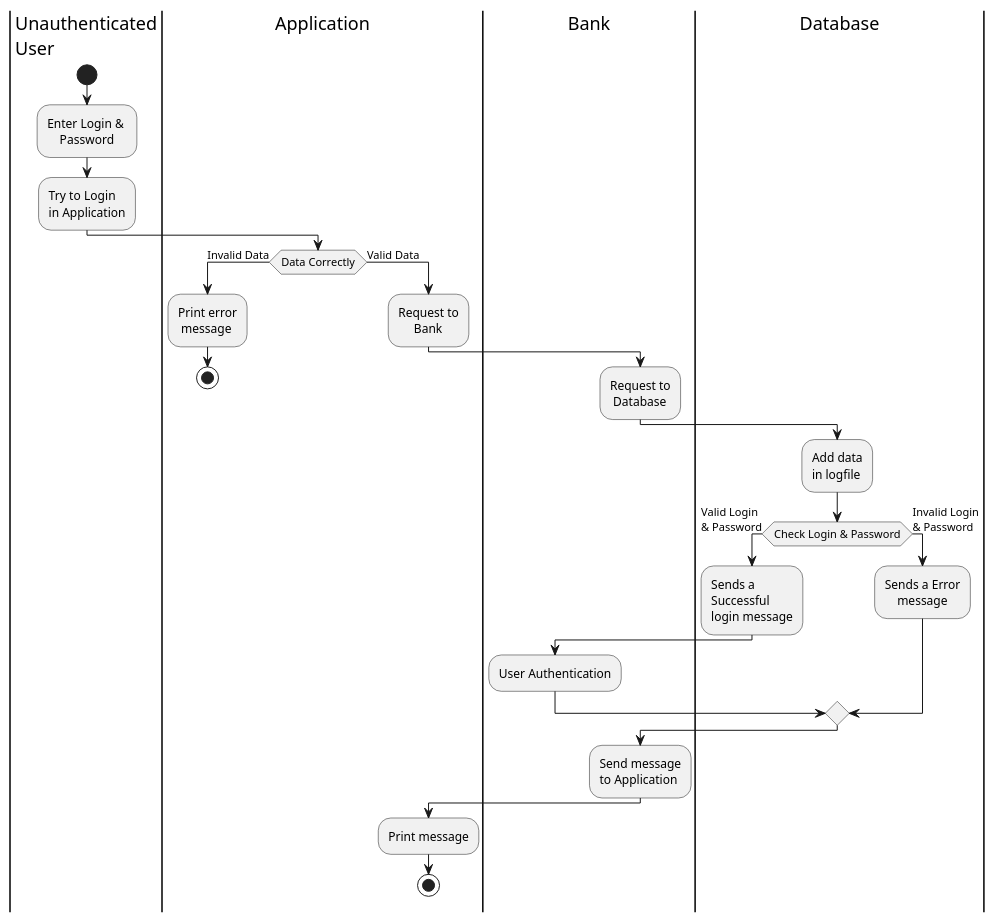
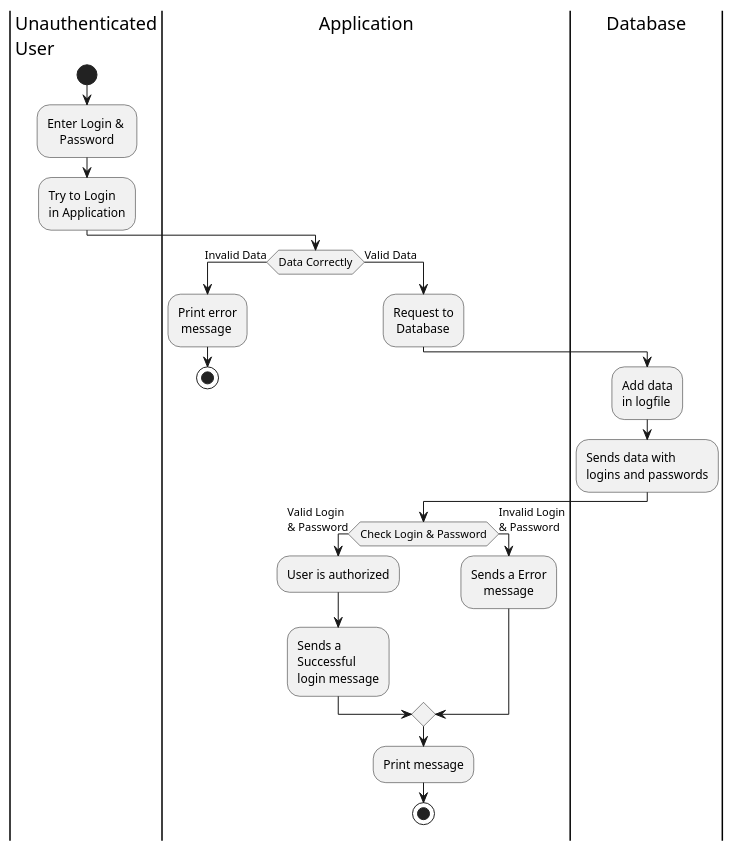
Before and after one commit to DanilaKe/ExchangeOfficeApplication: the diagram in ExchangeOfficeApplication/UML/ActivityLoginDiagram.puml, drawn with PlantUML. The commit also changed 5 other files, not shown here.

Commit message:
Change logic in diagrams.

```diff
--- a/ExchangeOfficeApplication/UML/ActivityLoginDiagram.puml
+++ b/ExchangeOfficeApplication/UML/ActivityLoginDiagram.puml
@@ -1,32 +1,25 @@
 @startuml
 |Unauthenticated\nUser|
     start
     :Enter Login & \n    Password;
     :Try to Login\nin Application;
 |Application|
     if (Data Correctly) then (Invalid Data)
       :Print error\n message;
       stop
     else (Valid Data)
-      :Request to\n     Bank;
-|Bank|
     :Request to\n Database;
 |Database|
     :Add data\nin logfile;
+    :Sends data with\nlogins and passwords;
+|Application|
     if (Check Login & Password) then (Valid Login\n& Password)
-      :Sends a
-      Successful
-      login message;
-      |Bank|
-        :User Authentication;
-    |Database| 
+      :User is authorized;
+      :Sends a\nSuccessful\nlogin message; 
     else (Invalid Login\n& Password)
       :Sends a Error 
           message;
-    |Bank|
     endif
-    :Send message\nto Application;
-    |Application|
     :Print message;
 stop
 @enduml
```
